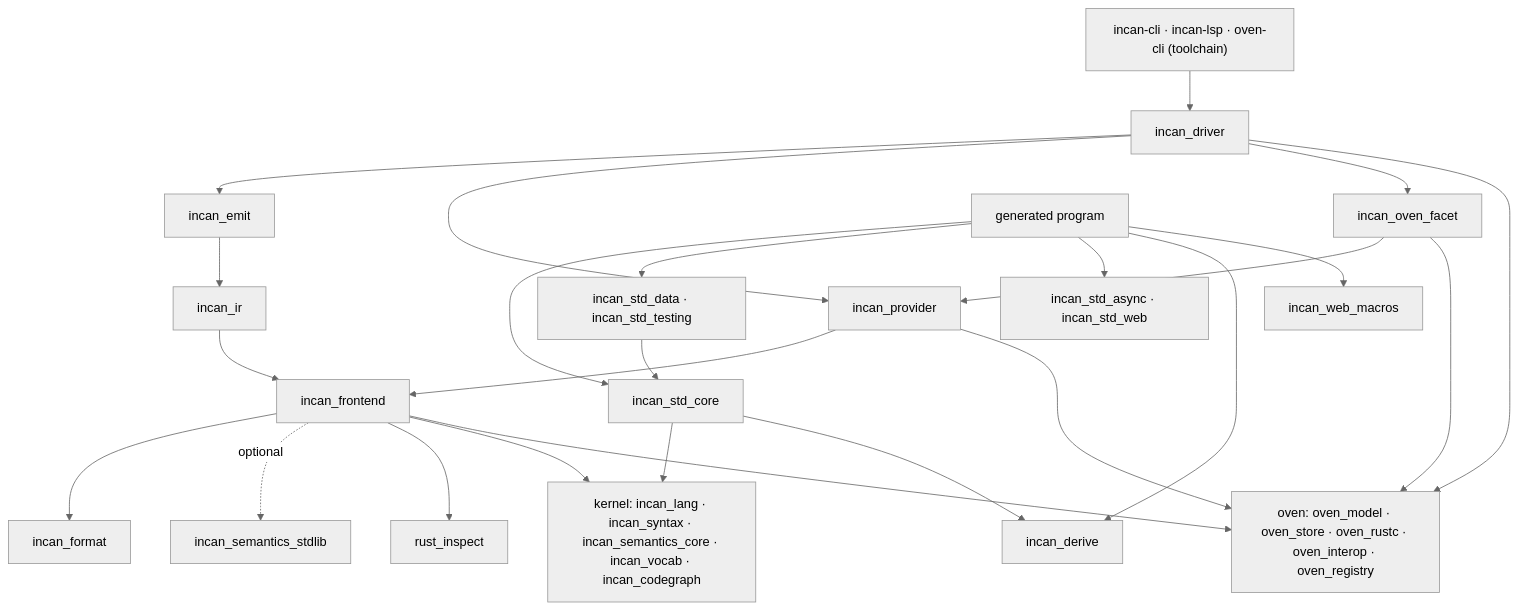
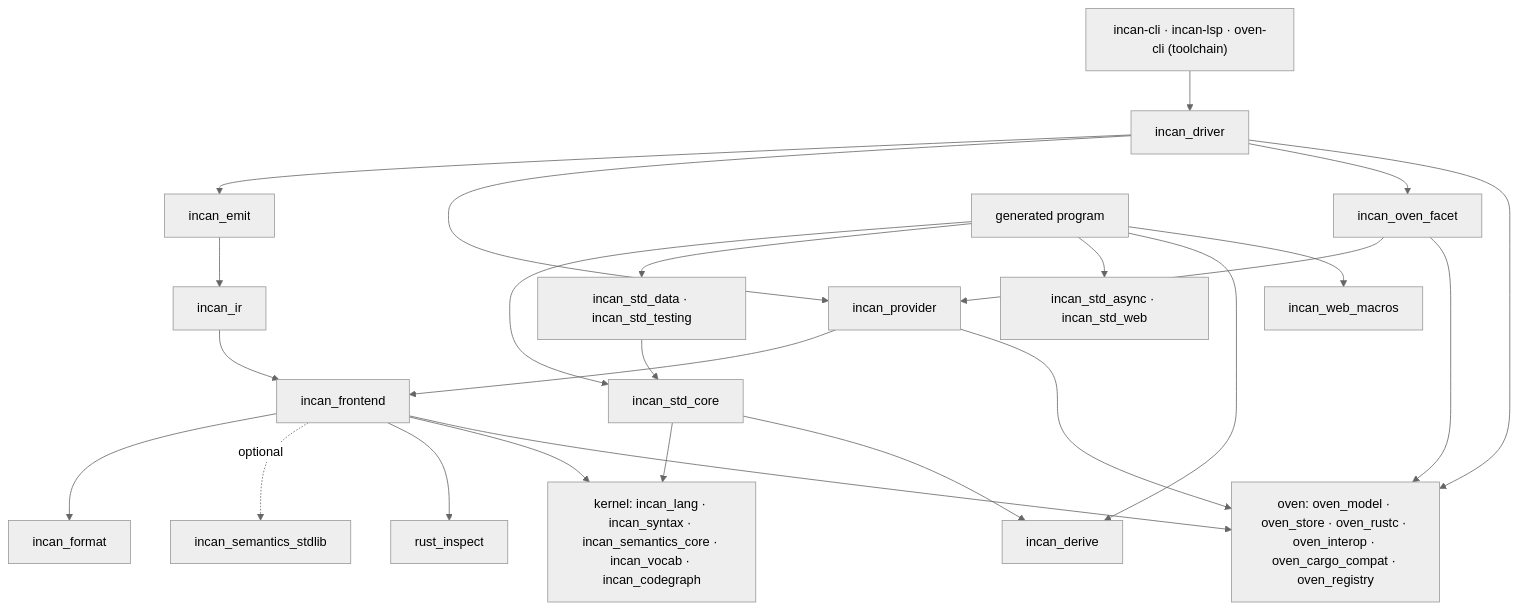
The diagram in workspaces/docs-site/docs/contributing/explanation/layering.md (encero-systems/incan), drawn with Mermaid (neutral theme) before and after one commit. The commit also changed other lines of this file and 59 other files, not shown here.

````diff
--- a/workspaces/docs-site/docs/contributing/explanation/layering.md
+++ b/workspaces/docs-site/docs/contributing/explanation/layering.md
@@ -13,27 +13,27 @@
 ```mermaid
 flowchart TD
   cli["incan-cli · incan-lsp · oven-cli (toolchain)"] --> driver["incan_driver"]
   driver --> emit["incan_emit"]
   driver --> provider["incan_provider"]
   driver --> facet["incan_oven_facet"]
   emit --> ir["incan_ir"]
   ir --> frontend["incan_frontend"]
   frontend --> format["incan_format"]
   frontend -. optional .-> semanticsStdlib["incan_semantics_stdlib"]
   frontend --> rustInspect["rust_inspect"]
   provider --> frontend
   facet --> provider
   frontend --> kernel["kernel: incan_lang · incan_syntax · incan_semantics_core · incan_vocab · incan_codegraph"]
-  driver --> oven["oven: oven_model · oven_store · oven_rustc · oven_interop · oven_registry"]
+  driver --> oven["oven: oven_model · oven_store · oven_rustc · oven_interop · oven_cargo_compat · oven_registry"]
   provider --> oven
   facet --> oven
   frontend --> oven
   stdCore["incan_std_core"] --> kernel
   stdCore --> incanDerive["incan_derive"]
   stdFacets["incan_std_data · incan_std_testing"] --> stdCore
   generatedProgram["generated program"] --> stdCore
   generatedProgram --> stdFacets
   generatedProgram --> stdStandalone["incan_std_async · incan_std_web"]
   generatedProgram --> incanDerive
   generatedProgram --> incanWebMacros["incan_web_macros"]
 ```
````
